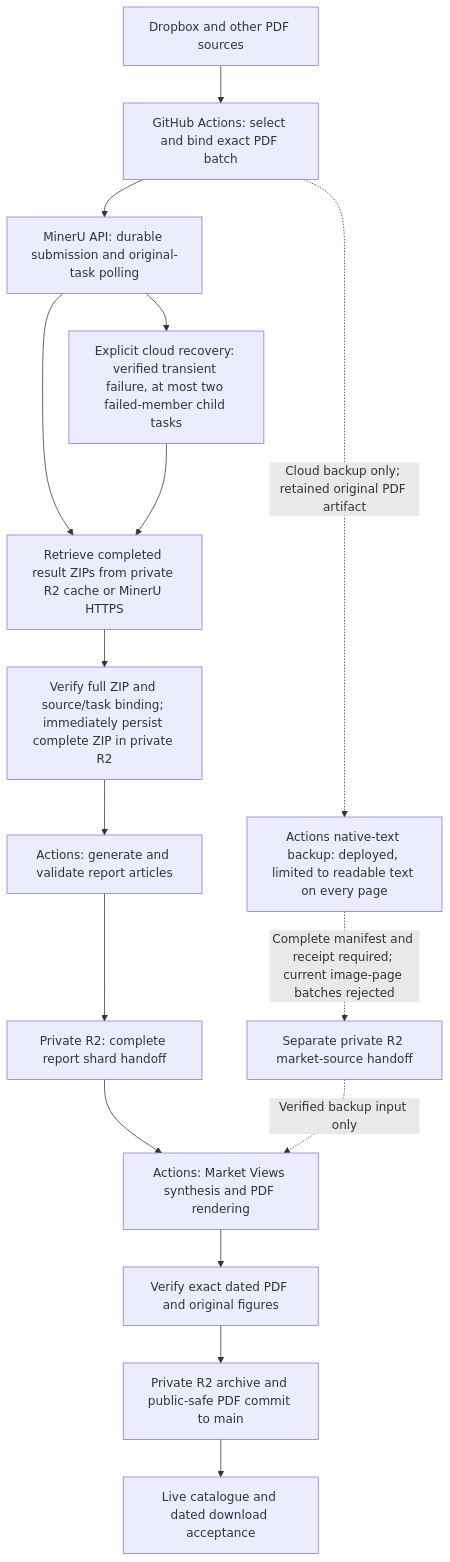
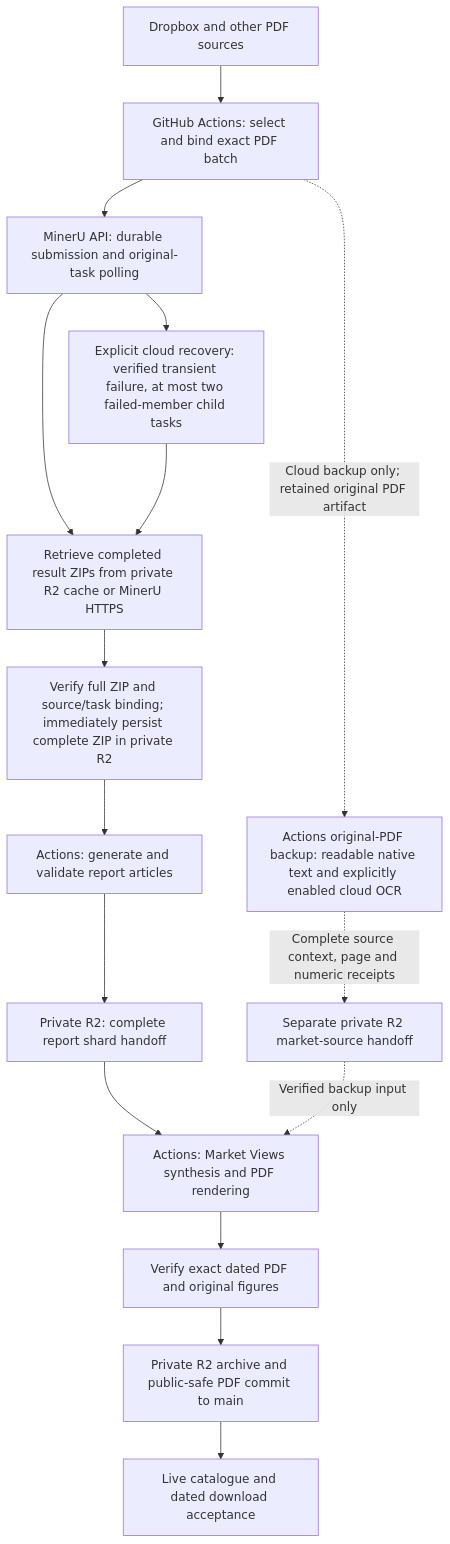
The diagram in docs/pipeline-overview-v2.md (yt-feng/rpt_edit), drawn with Mermaid before and after one commit. The commit also changed other lines of this file and 17 other files, not shown here.

Commit message:
Add opt-in cloud OCR backup with complete source and numeric validation

````diff
--- a/docs/pipeline-overview-v2.md
+++ b/docs/pipeline-overview-v2.md
@@ -21,18 +21,18 @@
 ```mermaid
 flowchart TD
   A["Dropbox and other PDF sources"] --> B["GitHub Actions: select and bind exact PDF batch"]
   B --> C["MinerU API: durable submission and original-task polling"]
   C --> D["Retrieve completed result ZIPs from private R2 cache or MinerU HTTPS"]
   C --> M["Explicit cloud recovery: verified transient failure, at most two failed-member child tasks"]
   M --> D
   D --> N["Verify full ZIP and source/task binding; immediately persist complete ZIP in private R2"]
   N --> E["Actions: generate and validate report articles"]
   E --> F["Private R2: complete report shard handoff"]
   F --> G["Actions: Market Views synthesis and PDF rendering"]
   G --> H["Verify exact dated PDF and original figures"]
   H --> I["Private R2 archive and public-safe PDF commit to main"]
   I --> J["Live catalogue and dated download acceptance"]
-  B -. "Cloud backup only; retained original PDF artifact" .-> K["Actions native-text backup: deployed, limited to readable text on every page"]
-  K -. "Complete manifest and receipt required; current image-page batches rejected" .-> L["Separate private R2 market-source handoff"]
+  B -. "Cloud backup only; retained original PDF artifact" .-> K["Actions original-PDF backup: readable native text and explicitly enabled cloud OCR"]
+  K -. "Complete source context, page and numeric receipts" .-> L["Separate private R2 market-source handoff"]
   L -. "Verified backup input only" .-> G
 ```
````
